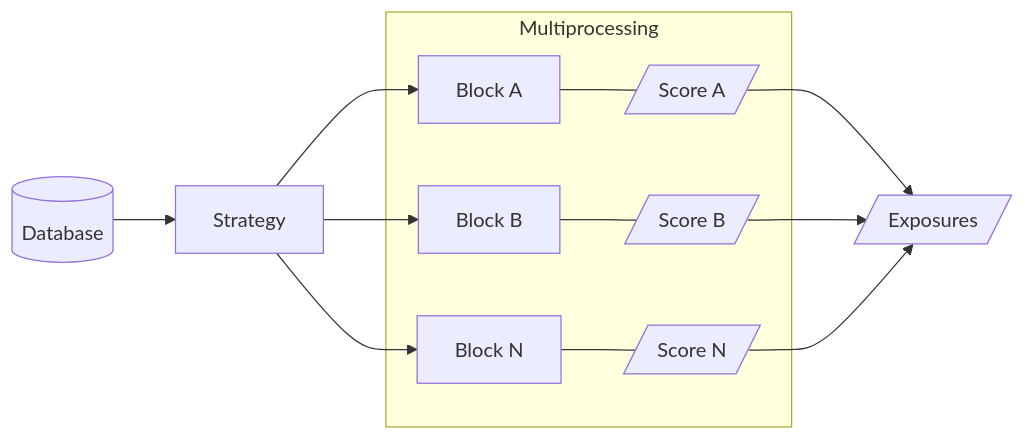
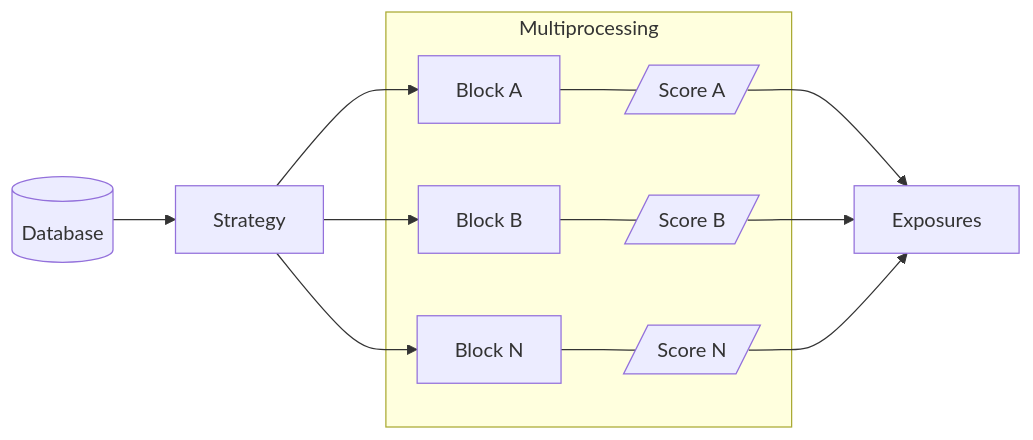
Before and after one commit to ActurialCapital/acturialcapital-docs: the second of 2 diagrams in docs/getting_started/main_concepts.md, drawn with Mermaid. The commit also changed other lines of this file and 18 other files, not shown here.

````diff
--- a/docs/getting_started/main_concepts.md
+++ b/docs/getting_started/main_concepts.md
@@ -67,13 +67,13 @@
 ``` mermaid
 graph LR
   id1[(Database)] --> B[Strategy];
   B --> C[Block A] & D[Block B] & E[Block N];
   subgraph Multiprocessing
   C --- F[/Score A/];
   D --- G[/Score B/];
   E --- H[/Score N/];
   end
-  F --> I[/Exposures/];
+  F --> I[Exposures];
   G --> I;
   H -->I;
 ```
````
